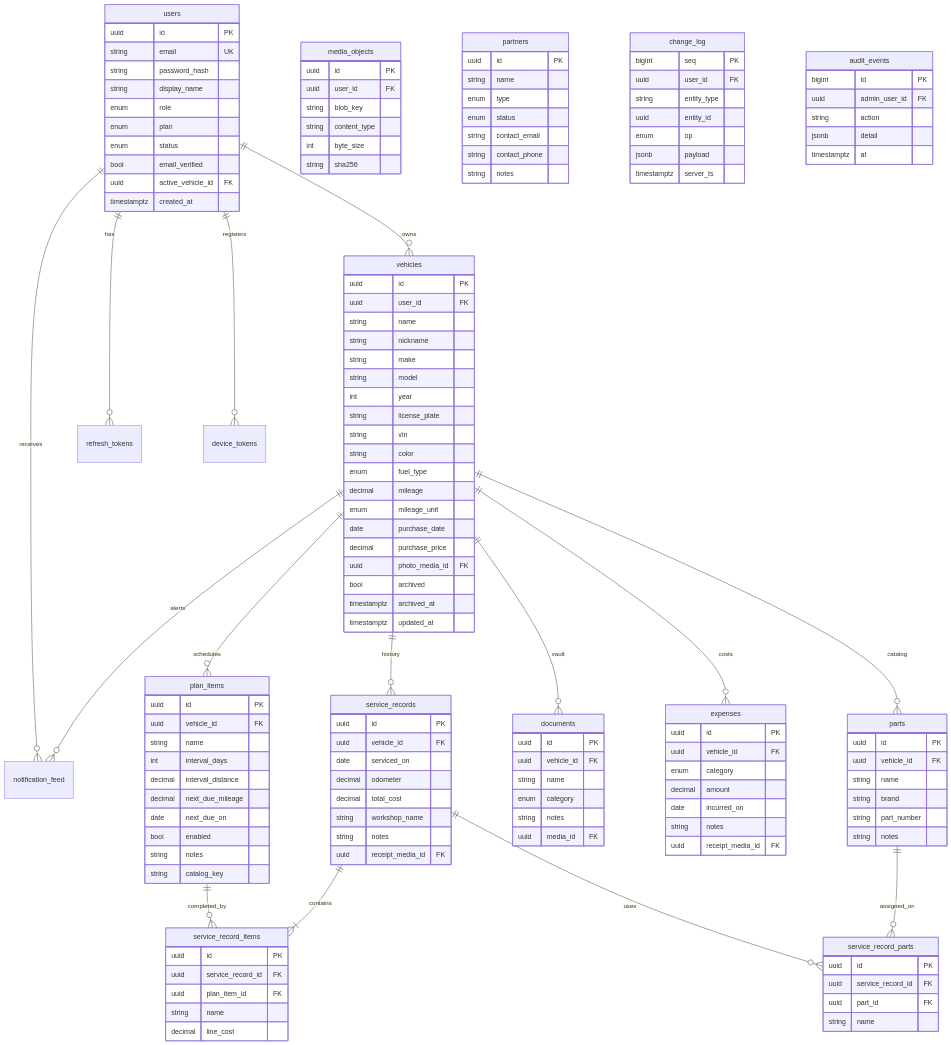
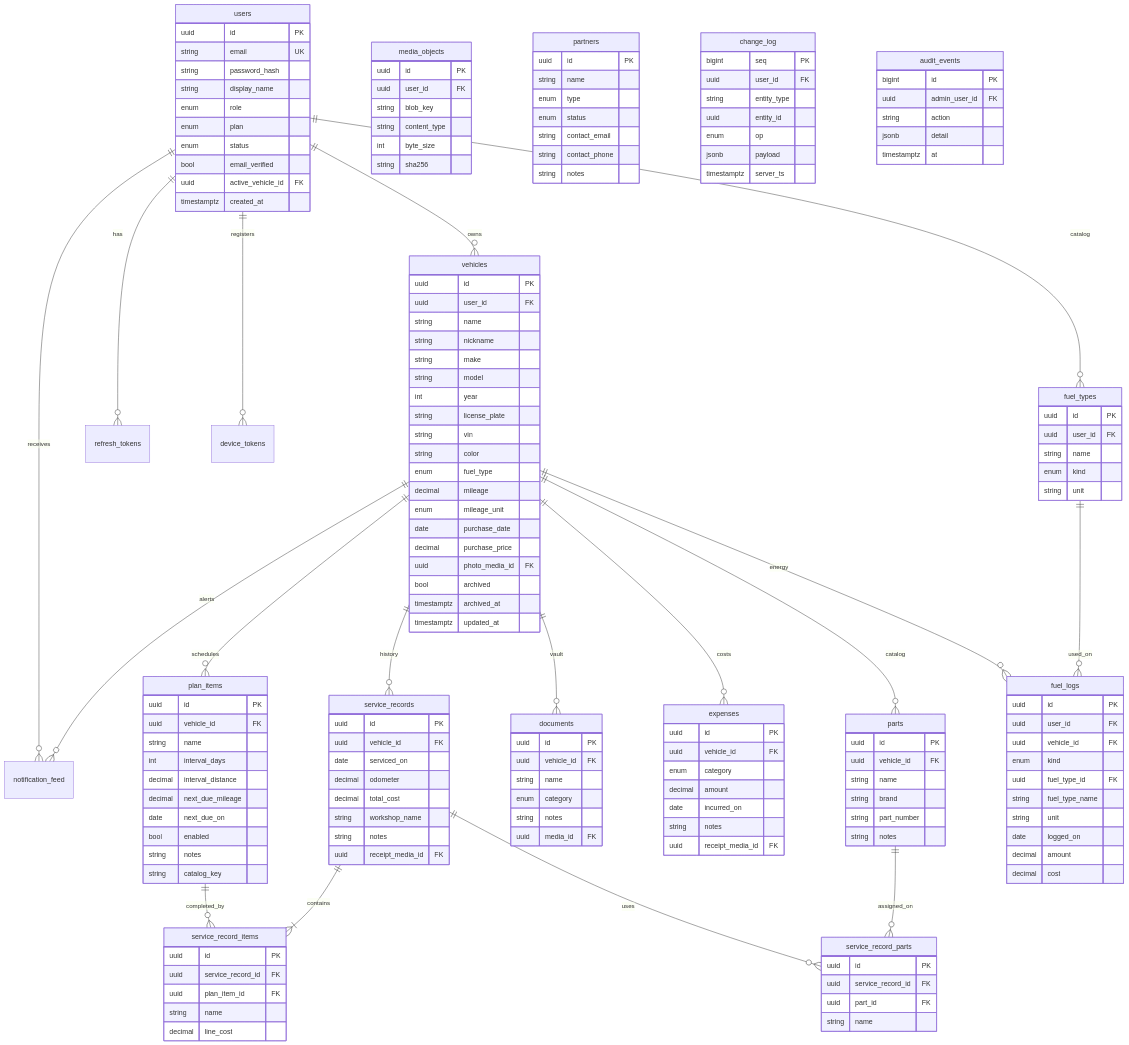
One commit to aungkyawphyoe/dco-platform changed the diagram in architecture/data-model.md. Above: the diagram before and after it, drawn with Mermaid. The commit also changed other lines of this file and 9 other files, not shown here.

```diff
--- a/architecture/data-model.md
+++ b/architecture/data-model.md
@@ -15,6 +15,7 @@
   users ||--o{ refresh_tokens : has
   users ||--o{ device_tokens : registers
   users ||--o{ notification_feed : receives
+  users ||--o{ fuel_types : catalog
   users {
     uuid id PK
     string email UK
@@ -33,6 +34,7 @@
   vehicles ||--o{ documents : vault
   vehicles ||--o{ expenses : costs
   vehicles ||--o{ parts : catalog
+  vehicles ||--o{ fuel_logs : energy
   vehicles ||--o{ notification_feed : alerts
   vehicles {
     uuid id PK
@@ -108,6 +110,28 @@
     string name
   }
 
+  fuel_types {
+    uuid id PK
+    uuid user_id FK
+    string name
+    enum kind
+    string unit
+  }
+
+  fuel_types ||--o{ fuel_logs : used_on
+  fuel_logs {
+    uuid id PK
+    uuid user_id FK
+    uuid vehicle_id FK
+    enum kind
+    uuid fuel_type_id FK
+    string fuel_type_name
+    string unit
+    date logged_on
+    decimal amount
+    decimal cost
+  }
+
   documents {
     uuid id PK
     uuid vehicle_id FK
```
